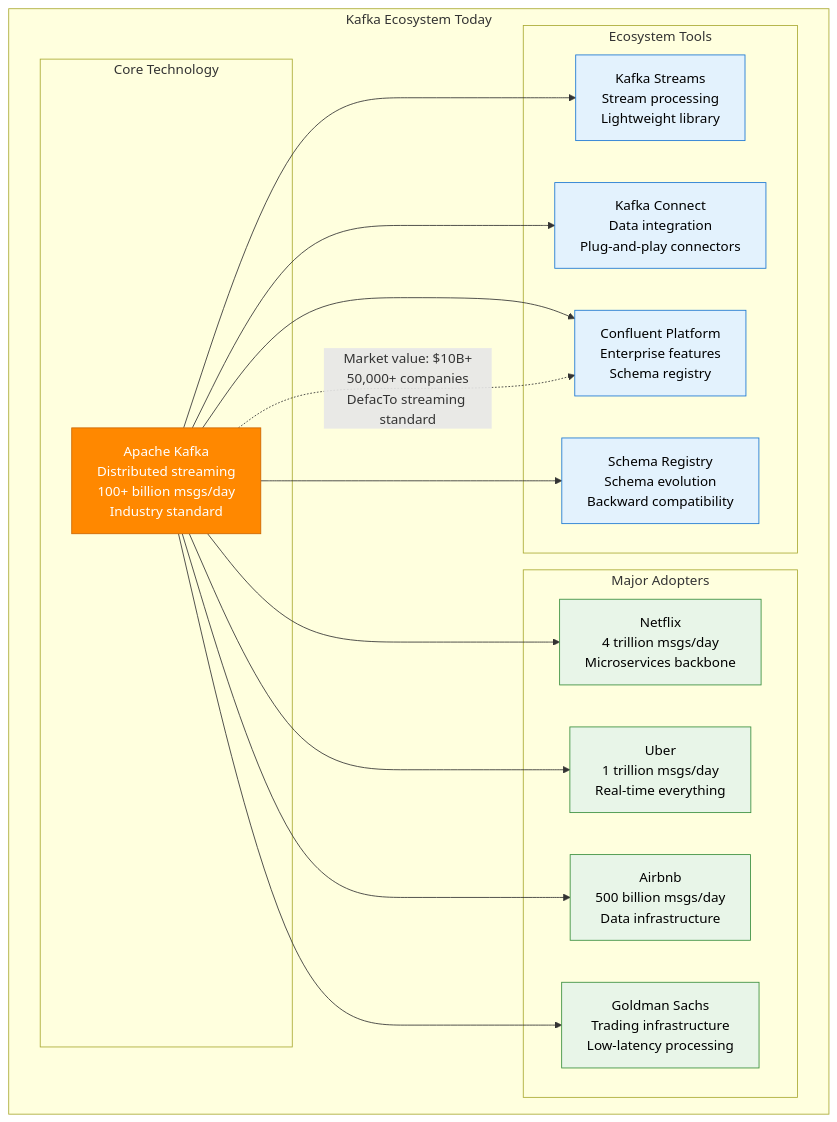
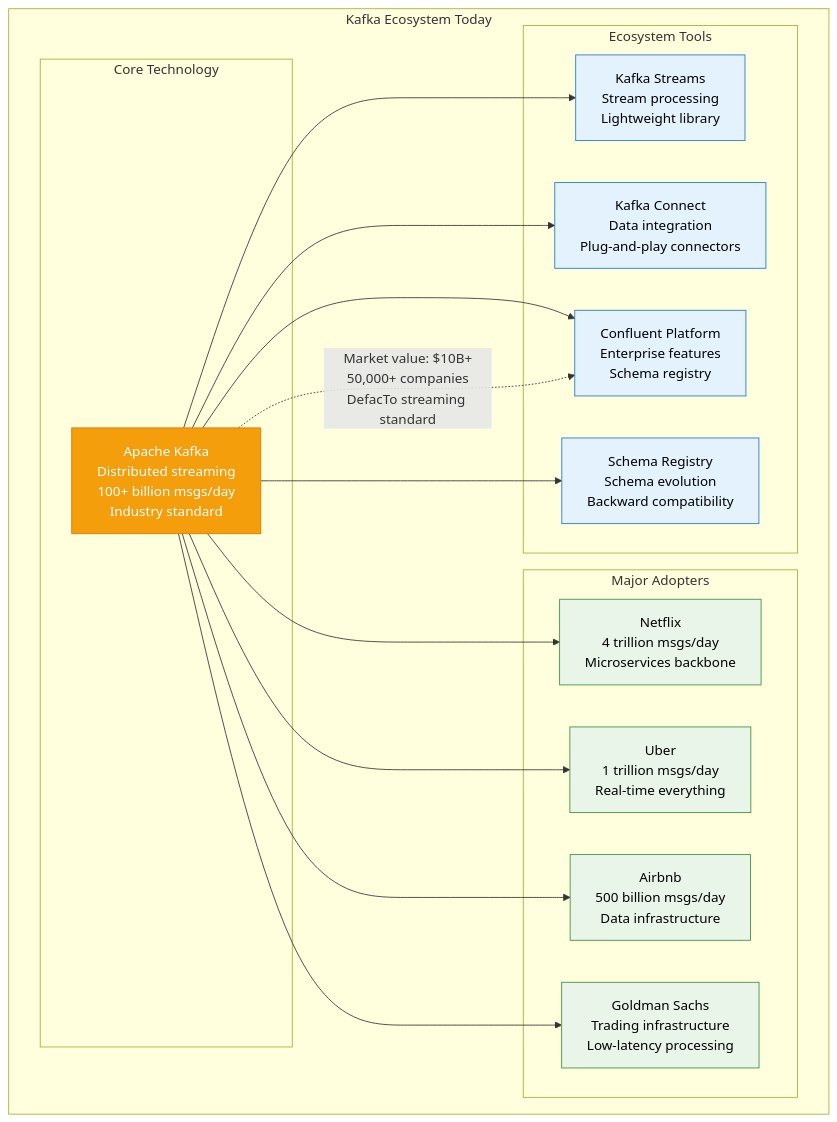
One commit to deepaucksharma/DS changed the tenth of 11 diagrams in site/docs/systems/linkedin/novel-solutions.md. Above: the diagram before and after it, drawn with Mermaid. The commit also changed other lines of this file and 303 other files, not shown here.

````diff
--- a/site/docs/systems/linkedin/novel-solutions.md
+++ b/site/docs/systems/linkedin/novel-solutions.md
@@ -512,43 +512,43 @@
 ```mermaid
 graph TB
     subgraph KafkaEcosystem[Kafka Ecosystem Today]
         subgraph CoreTechnology[Core Technology]
             KAFKA_CORE[Apache Kafka<br/>Distributed streaming<br/>100+ billion msgs/day<br/>Industry standard]
         end
 
         subgraph MajorAdopters[Major Adopters]
             NETFLIX_KAFKA[Netflix<br/>4 trillion msgs/day<br/>Microservices backbone]
             UBER_KAFKA[Uber<br/>1 trillion msgs/day<br/>Real-time everything]
             AIRBNB_KAFKA[Airbnb<br/>500 billion msgs/day<br/>Data infrastructure]
             GOLDMAN_KAFKA[Goldman Sachs<br/>Trading infrastructure<br/>Low-latency processing]
         end
 
         subgraph EcosystemTools[Ecosystem Tools]
             KAFKA_STREAMS[Kafka Streams<br/>Stream processing<br/>Lightweight library]
             KAFKA_CONNECT[Kafka Connect<br/>Data integration<br/>Plug-and-play connectors]
             CONFLUENT[Confluent Platform<br/>Enterprise features<br/>Schema registry]
             SCHEMA_REGISTRY[Schema Registry<br/>Schema evolution<br/>Backward compatibility]
         end
     end
 
     KAFKA_CORE --> NETFLIX_KAFKA
     KAFKA_CORE --> UBER_KAFKA
     KAFKA_CORE --> AIRBNB_KAFKA
     KAFKA_CORE --> GOLDMAN_KAFKA
 
     KAFKA_CORE --> KAFKA_STREAMS
     KAFKA_CORE --> KAFKA_CONNECT
     KAFKA_CORE --> CONFLUENT
     KAFKA_CORE --> SCHEMA_REGISTRY
 
     %% Market impact
     KAFKA_CORE -.->|"Market value: $10B+<br/>50,000+ companies<br/>DefacTo streaming standard"| CONFLUENT
 
-    classDef coreStyle fill:#FF8800,stroke:#CC6600,color:#fff
+    classDef coreStyle fill:#F59E0B,stroke:#D97706,color:#fff
     classDef adopterStyle fill:#E8F5E8,stroke:#388E3C,color:#000
     classDef toolStyle fill:#E3F2FD,stroke:#1976D2,color:#000
 
     class KAFKA_CORE coreStyle
     class NETFLIX_KAFKA,UBER_KAFKA,AIRBNB_KAFKA,GOLDMAN_KAFKA adopterStyle
     class KAFKA_STREAMS,KAFKA_CONNECT,CONFLUENT,SCHEMA_REGISTRY toolStyle
 ```
````
